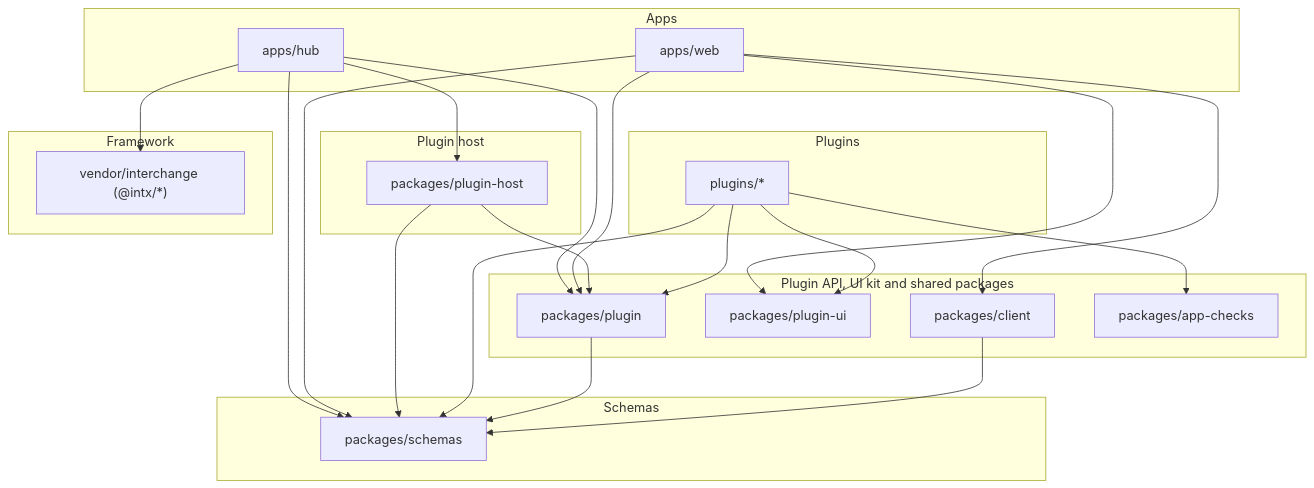
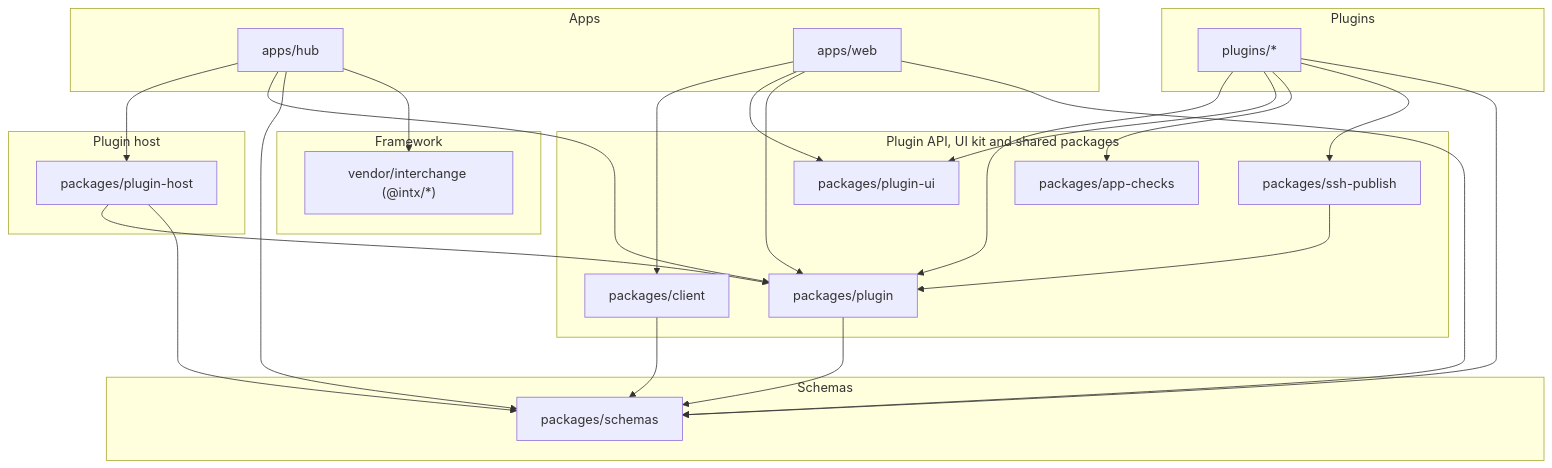
The diagram in docs/ARCHITECTURE.md (corbitsdev/corbits-builder), drawn with Mermaid before and after one commit. The commit also changed 20 other files, not shown here.

First line of the commit message:
feat(ssh-publish): release an app to a server over SSH

````diff
--- a/docs/ARCHITECTURE.md
+++ b/docs/ARCHITECTURE.md
@@ -36,42 +36,45 @@
 ```mermaid
 flowchart TD
   subgraph apps["Apps"]
     hub["apps/hub"]
     web["apps/web"]
   end
   subgraph hostlayer["Plugin host"]
     host["packages/plugin-host"]
   end
   subgraph pluginlayer["Plugins"]
     plugins["plugins/*"]
   end
   subgraph shared["Plugin API, UI kit and shared packages"]
     api["packages/plugin"]
     ui["packages/plugin-ui"]
     client["packages/client"]
     checks["packages/app-checks"]
+    ssh["packages/ssh-publish"]
   end
   subgraph base["Schemas"]
     schemas["packages/schemas"]
   end
   subgraph framework["Framework"]
     intx["vendor/interchange (@intx/*)"]
   end
 
   hub --> host
   hub --> api
   hub --> schemas
   hub --> intx
   web --> client
   web --> ui
   web --> api
   web --> schemas
   host --> api
   host --> schemas
   plugins --> api
   plugins --> ui
   plugins --> checks
+  plugins --> ssh
   plugins --> schemas
   api --> schemas
+  ssh --> api
   client --> schemas
 ```
````
